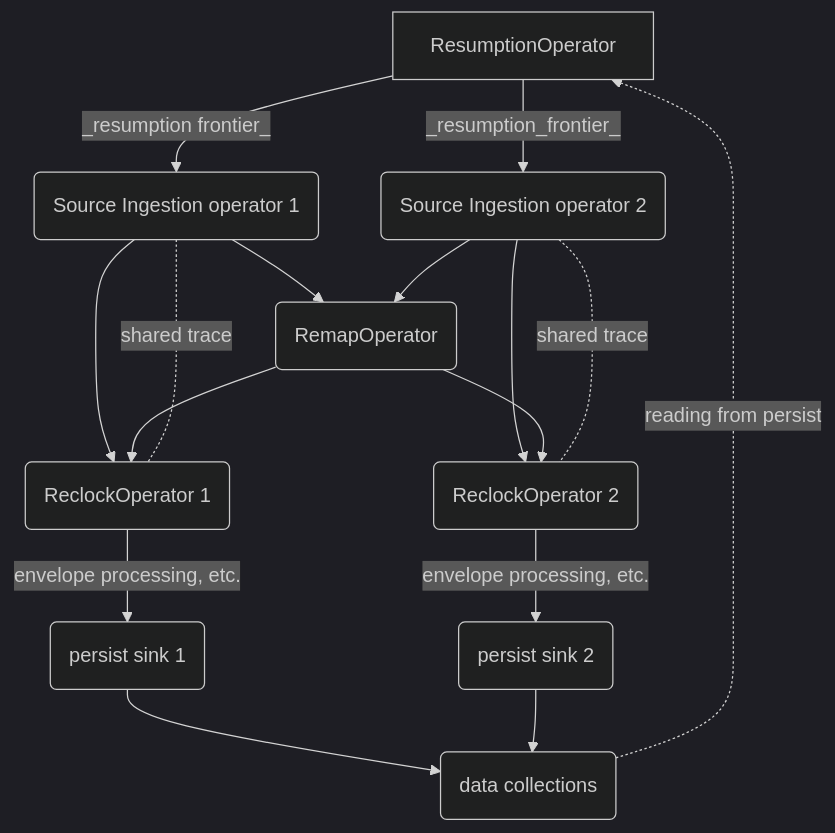
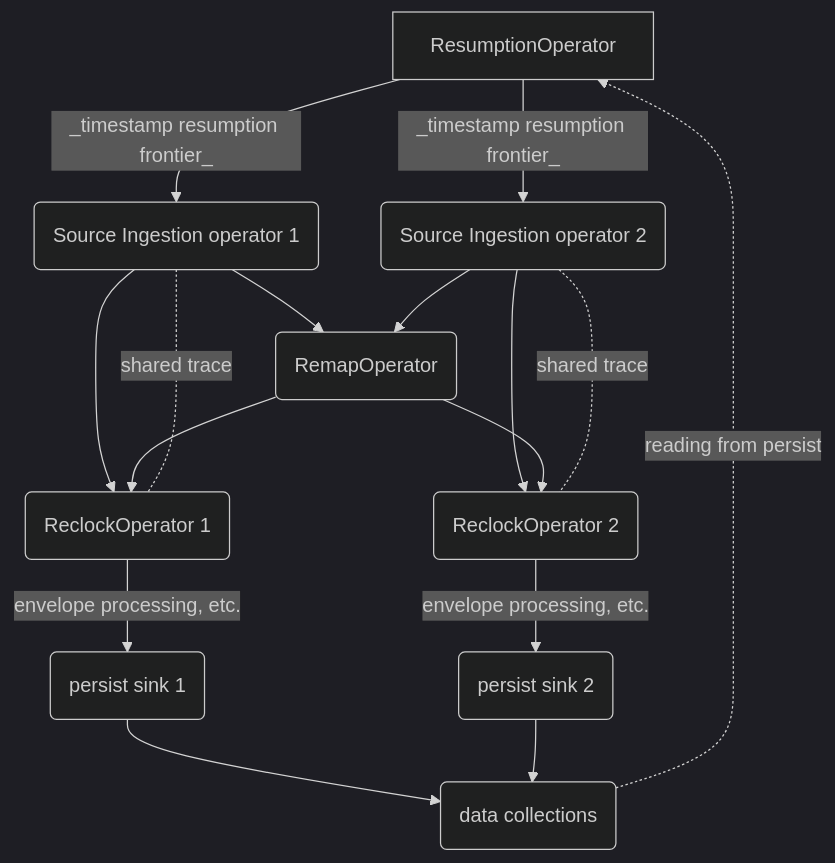
Before and after one commit to MaterializeInc/materialize: the diagram in doc/developer/design/20220819_bounded_input_reliance.md, drawn with Mermaid (dark theme). The commit also changed other lines of this file, not shown here.

Commit message:
storage: change bir terminology to timestamp/offset resumption frontiers

````diff
--- a/doc/developer/design/20220819_bounded_input_reliance.md
+++ b/doc/developer/design/20220819_bounded_input_reliance.md
@@ -109,25 +109,25 @@
 ```mermaid
 graph TD;
-    ResumptionOperator -- _resumption frontier_ --> s1(Source Ingestion operator 1);
-    ResumptionOperator -- _resumption_frontier_ --> s2(Source Ingestion operator 2);
+    ResumptionOperator -- _timestamp resumption frontier_ --> s1(Source Ingestion operator 1);
+    ResumptionOperator -- _timestamp resumption frontier_ --> s2(Source Ingestion operator 2);
 
     s1 --> rmo(RemapOperator);
     s2 --> rmo(RemapOperator);
 
     s1 --> rc1(ReclockOperator 1);
     s2 --> rc2(ReclockOperator 2);
 
     rmo --> rc1;
     rmo --> rc2;
 
     rc1 -- envelope processing, etc. --> ps1(persist sink 1);
     rc2 -- envelope processing, etc. --> ps2(persist sink 2);
 
     s1 -. shared trace .- rc1;
     s2 -. shared trace .- rc2
 
     ps1 --> d(data collections);
     ps2 --> d
 
     d -. reading from persist .-> ResumptionOperator
 ```
````
